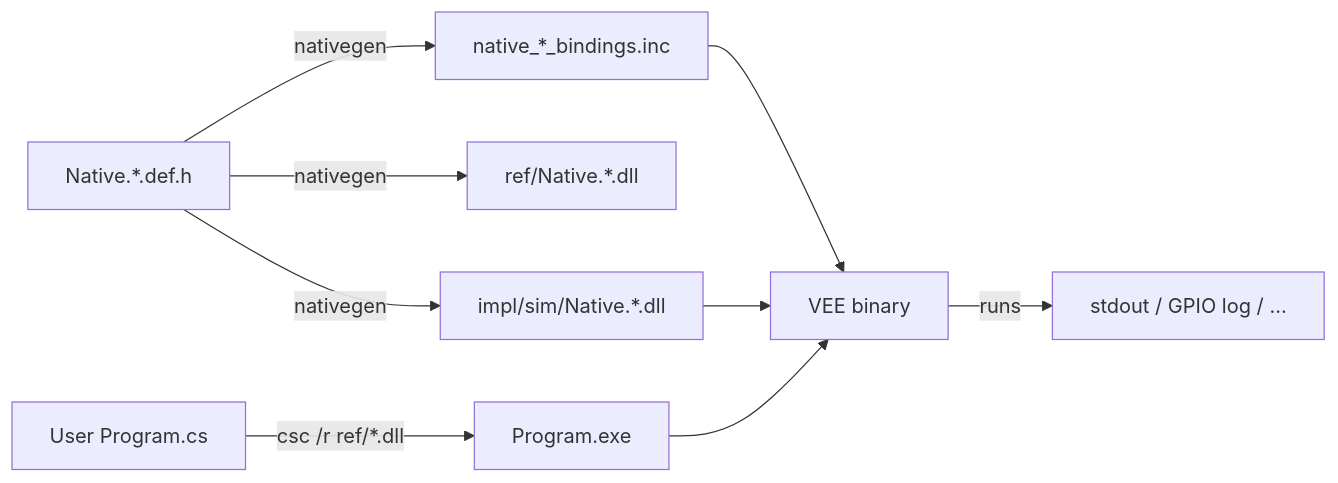
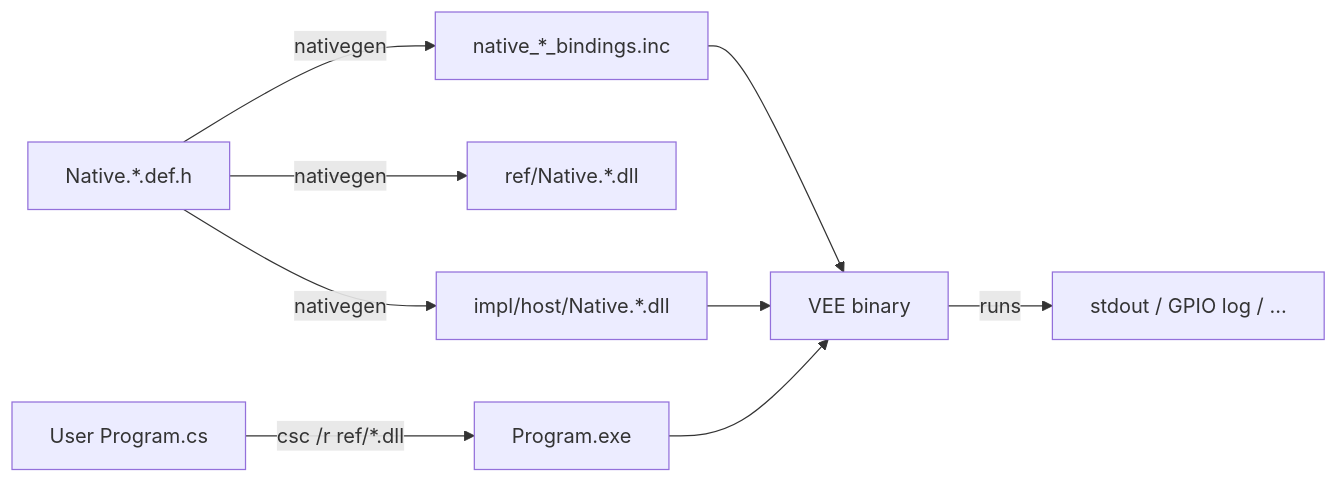
The first of 2 diagrams in doc/10_Native_Assembly_Layout.md (keroblabs/il_executor_vm), drawn with Mermaid before and after one commit. The commit also changed other lines of this file and 9 other files, not shown here.

````diff
--- a/doc/10_Native_Assembly_Layout.md
+++ b/doc/10_Native_Assembly_Layout.md
@@ -499,11 +507,11 @@
 ```mermaid
 flowchart LR
     U[User Program.cs] -->|csc /r ref/*.dll| E[Program.exe]
     R[Native.*.def.h] -->|nativegen| RA[ref/Native.*.dll]
-    R -->|nativegen| IA[impl/sim/Native.*.dll]
+    R -->|nativegen| IA[impl/host/Native.*.dll]
     R -->|nativegen| B[native_*_bindings.inc]
     B --> V[VEE binary]
     IA --> V
     E --> V
     V -->|runs| O[stdout / GPIO log / …]
 ```
````
